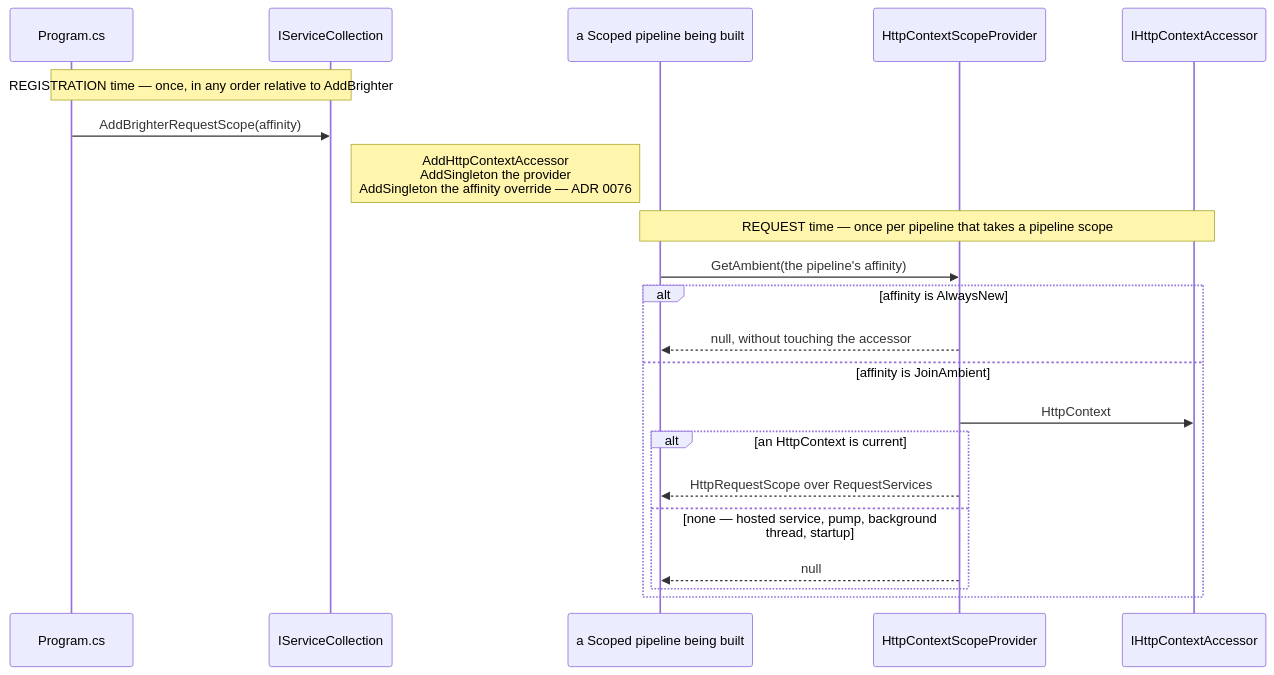
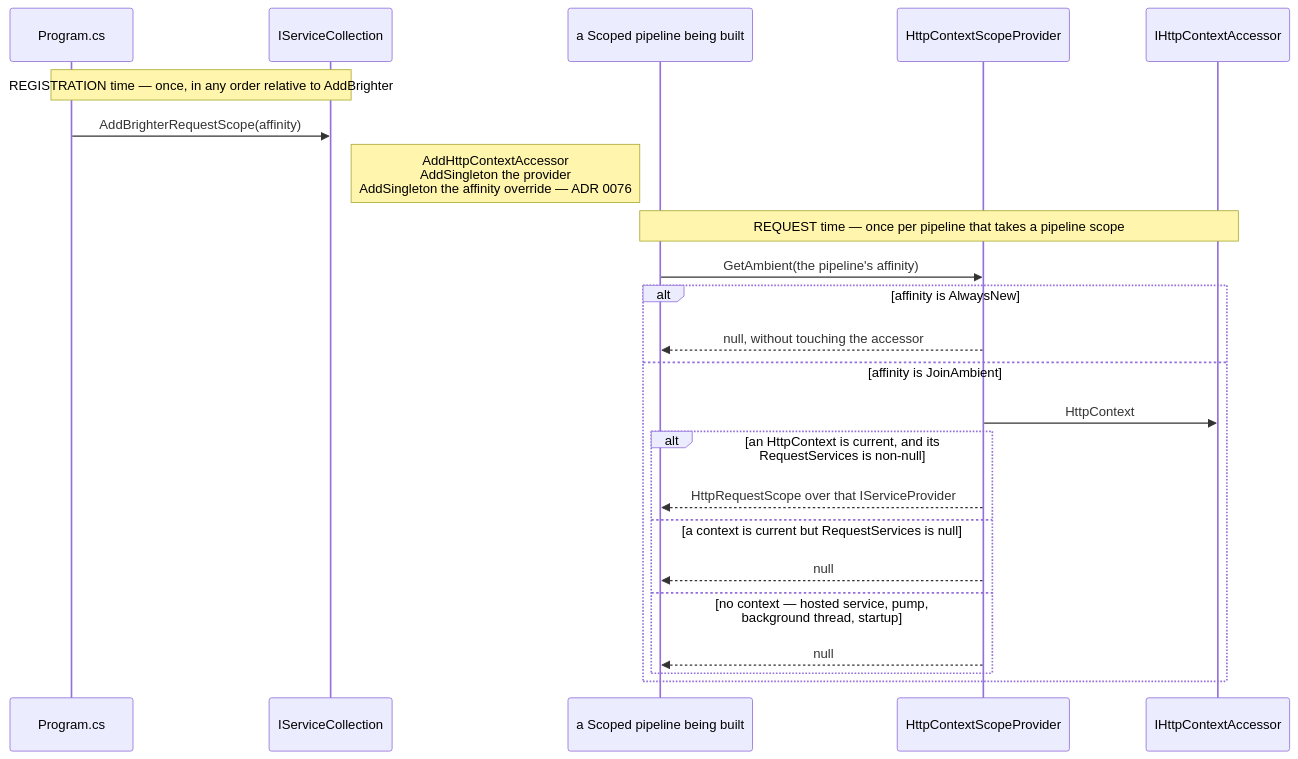
One commit to BrighterCommand/Brighter changed the first of 2 diagrams in docs/adr/0073-aspnet-core-request-scope-package.md. Above: the diagram before and after it, drawn with Mermaid. The commit also changed other lines of this file and 1 other file, not shown here.

````diff
--- a/docs/adr/0073-aspnet-core-request-scope-package.md
+++ b/docs/adr/0073-aspnet-core-request-scope-package.md
@@ -90,25 +90,27 @@
 ```mermaid
 sequenceDiagram
     participant App as Program.cs
     participant SC as IServiceCollection
     participant Pipe as a Scoped pipeline being built
     participant Prov as HttpContextScopeProvider
     participant Acc as IHttpContextAccessor
 
     Note over App,SC: REGISTRATION time — once, in any order relative to AddBrighter
     App->>SC: AddBrighterRequestScope(affinity)
     Note right of SC: AddHttpContextAccessor<br/>AddSingleton the provider<br/>AddSingleton the affinity override — ADR 0076
 
     Note over Pipe,Acc: REQUEST time — once per pipeline that takes a pipeline scope
     Pipe->>Prov: GetAmbient(the pipeline's affinity)
     alt affinity is AlwaysNew
         Prov-->>Pipe: null, without touching the accessor
     else affinity is JoinAmbient
         Prov->>Acc: HttpContext
-        alt an HttpContext is current
-            Prov-->>Pipe: HttpRequestScope over RequestServices
-        else none — hosted service, pump, background thread, startup
+        alt an HttpContext is current, and its RequestServices is non-null
+            Prov-->>Pipe: HttpRequestScope over that IServiceProvider
+        else a context is current but RequestServices is null
+            Prov-->>Pipe: null
+        else no context — hosted service, pump, background thread, startup
             Prov-->>Pipe: null
         end
     end
 ```
````
